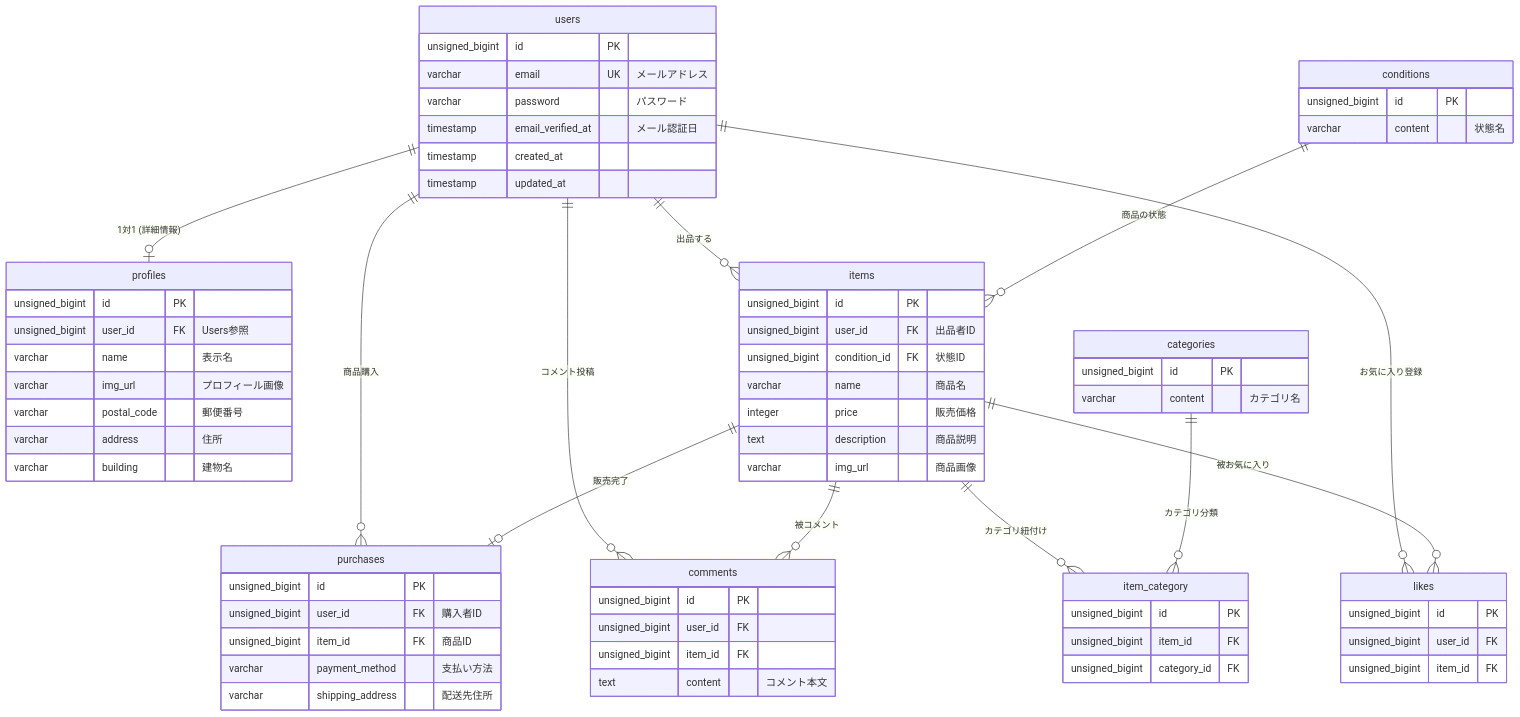
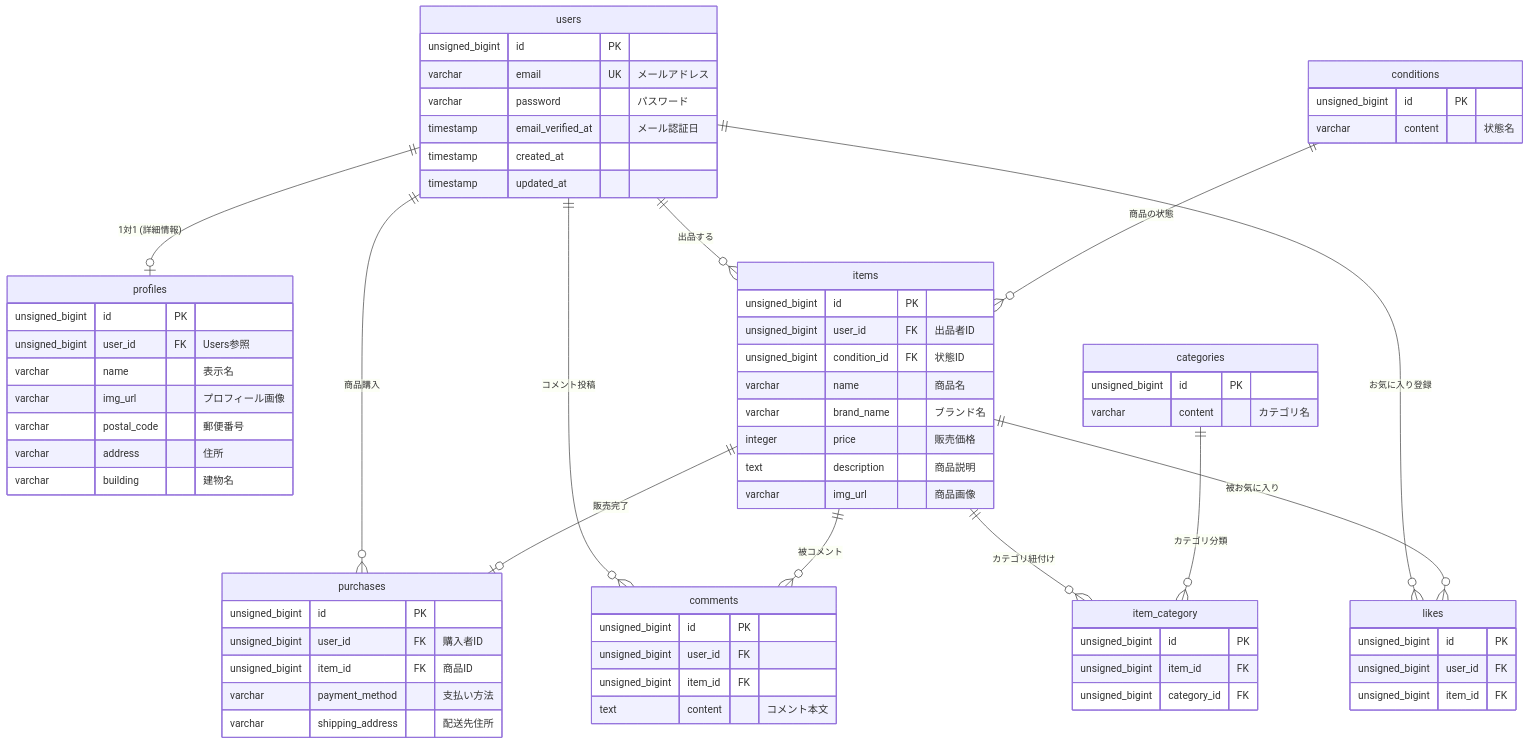
One commit to mikakoo731y-afk/coachtech-furima changed the diagram in README.md. Above: the diagram before and after it, drawn with Mermaid. The commit also changed other lines of this file and 307 other files, not shown here.

```diff
--- a/README.md
+++ b/README.md
@@ -104,6 +103,7 @@
         unsigned_bigint user_id FK "出品者ID"
         unsigned_bigint condition_id FK "状態ID"
         varchar name "商品名"
+        varchar brand_name "ブランド名"
         integer price "販売価格"
         text description "商品説明"
         varchar img_url "商品画像"
```
